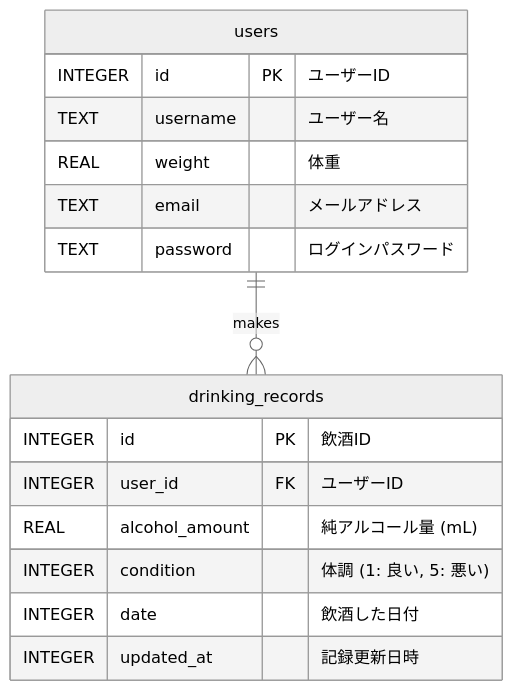
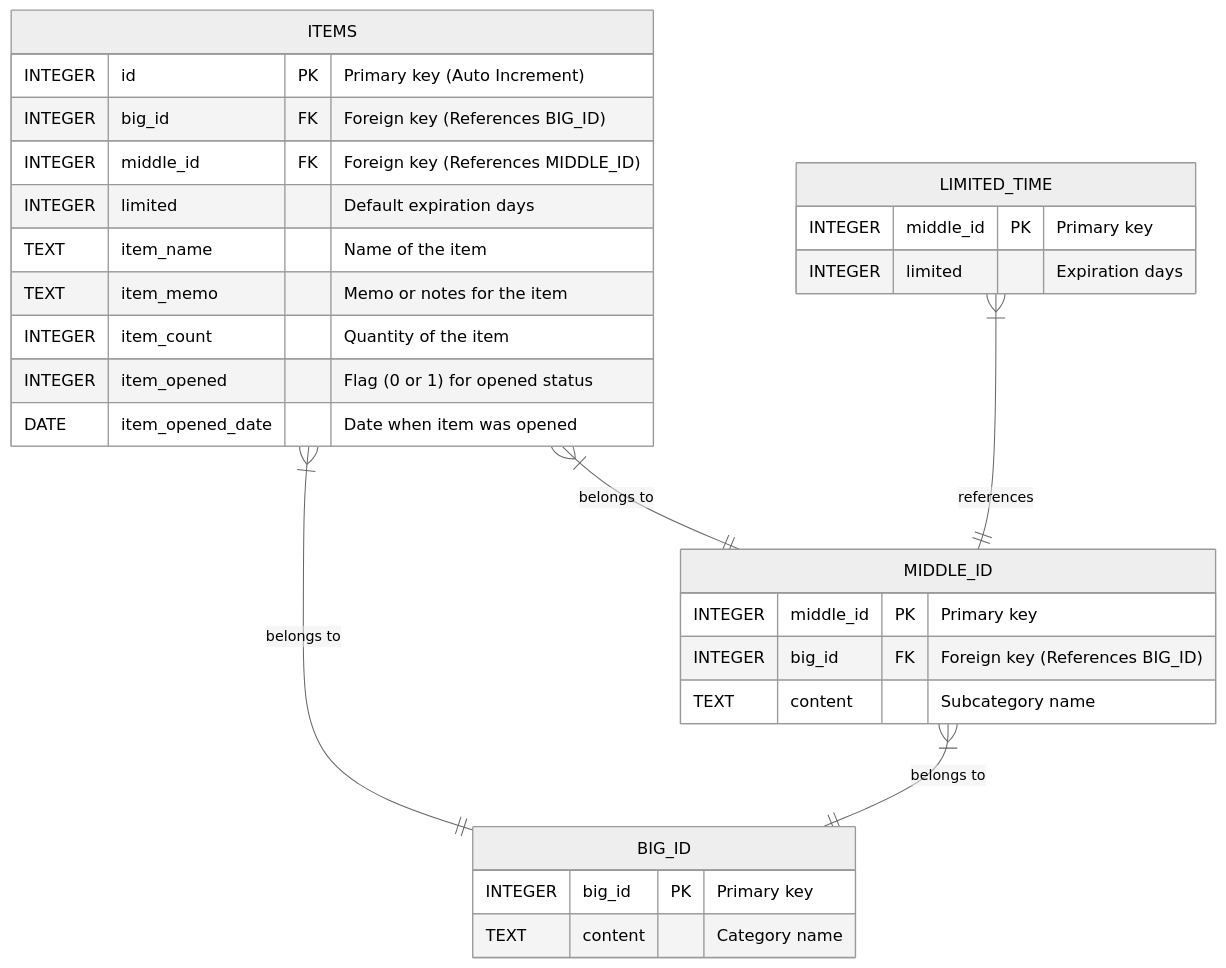
Before and after one commit to hana-rs/Cosmetics-inventory-management-system: the diagram in README.md, drawn with Mermaid (neutral theme).

Commit message:
mermaidでer図かいた

````diff
--- a/README.md
+++ b/README.md
@@ -2,21 +2,36 @@
 ```mermaid
 erDiagram
-    users ||--o{ drinking_records : "makes"
-
-    users {
-        INTEGER id PK "ユーザーID"
-        TEXT username "ユーザー名"
-        REAL weight "体重"
-        TEXT email "メールアドレス"
-        TEXT password "ログインパスワード"
+    ITEMS {
+        INTEGER id PK "Primary key (Auto Increment)"
+        INTEGER big_id FK "Foreign key (References BIG_ID)"
+        INTEGER middle_id FK "Foreign key (References MIDDLE_ID)"
+        INTEGER limited "Default expiration days"
+        TEXT item_name "Name of the item"
+        TEXT item_memo "Memo or notes for the item"
+        INTEGER item_count "Quantity of the item"
+        INTEGER item_opened "Flag (0 or 1) for opened status"
+        DATE item_opened_date "Date when item was opened"
     }
 
-    drinking_records {
-        INTEGER id PK "飲酒ID"
-        INTEGER user_id FK "ユーザーID"
-        REAL alcohol_amount "純アルコール量 (mL)"
-        INTEGER condition "体調 (1: 良い, 5: 悪い)"
-        INTEGER date "飲酒した日付"
-        INTEGER updated_at "記録更新日時"
+    BIG_ID {
+        INTEGER big_id PK "Primary key"
+        TEXT content "Category name"
     }
+
+    MIDDLE_ID {
+        INTEGER middle_id PK "Primary key"
+        INTEGER big_id FK "Foreign key (References BIG_ID)"
+        TEXT content "Subcategory name"
+    }
+
+    LIMITED_TIME {
+        INTEGER middle_id PK "Primary key"
+        INTEGER limited "Expiration days"
+    }
+
+    ITEMS }|--|| BIG_ID : "belongs to"
+    ITEMS }|--|| MIDDLE_ID : "belongs to"
+    MIDDLE_ID }|--|| BIG_ID : "belongs to"
+    LIMITED_TIME }|--|| MIDDLE_ID : "references"
+
 ```
````
